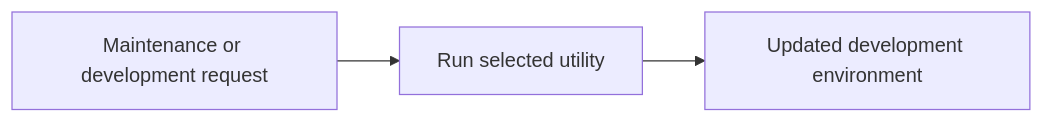
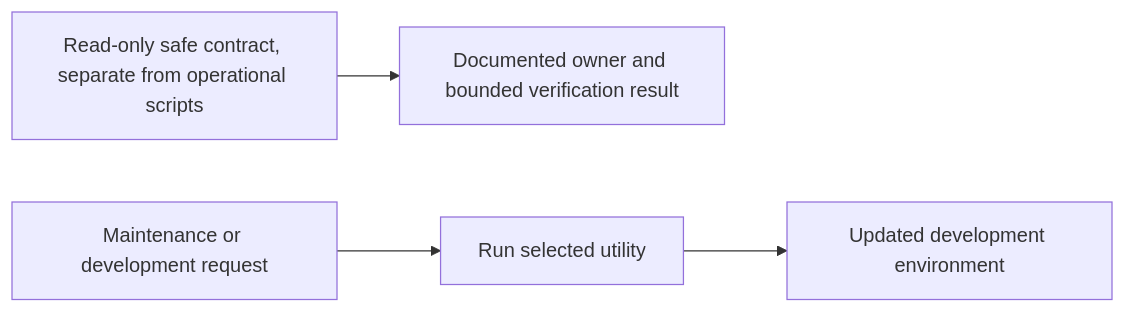
One commit to anoblet/copilot changed the diagram in scripts/readme.md. Above: the diagram before and after it, drawn with Mermaid. The commit also changed other lines of this file and 4 other files, not shown here.

Commit message:
test(copilot): define isolated verification contract

````diff
--- a/scripts/readme.md
+++ b/scripts/readme.md
@@ -8,5 +10,6 @@
 ```mermaid
 flowchart LR
+    SAFE10["Read-only safe contract, separate from operational scripts"] --> SAFE10OUT["Documented owner and bounded verification result"]
     A["Maintenance or development request"] --> B["Run selected utility"]
     B --> C["Updated development environment"]
 ```
````
